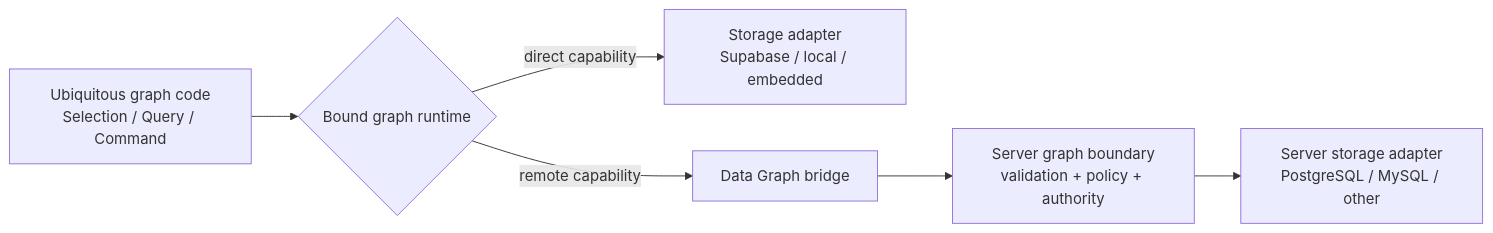
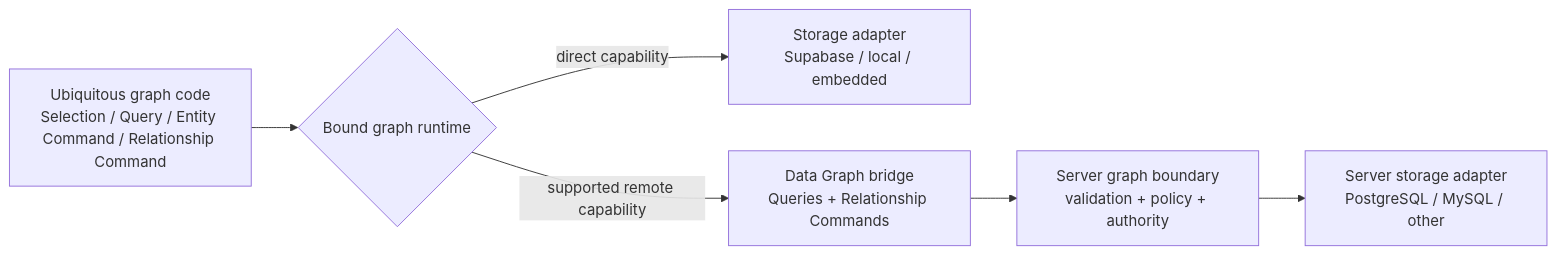
The diagram in plans/current/128-ontahi-data-graph-execution-bridge.md (javifernandes/ontahi), drawn with Mermaid before and after one commit. The commit also changed other lines of this file and 8 other files, not shown here.

````diff
--- a/plans/current/128-ontahi-data-graph-execution-bridge.md
+++ b/plans/current/128-ontahi-data-graph-execution-bridge.md
@@ -55,8 +59,8 @@
 ```mermaid
 flowchart LR
-  Code["Ubiquitous graph code\nSelection / Query / Command"] --> Runtime{"Bound graph runtime"}
+  Code["Ubiquitous graph code\nSelection / Query / Entity Command / Relationship Command"] --> Runtime{"Bound graph runtime"}
   Runtime -->|direct capability| Direct["Storage adapter\nSupabase / local / embedded"]
-  Runtime -->|remote capability| Bridge["Data Graph bridge"]
+  Runtime -->|supported remote capability| Bridge["Data Graph bridge\nQueries + Relationship Commands"]
   Bridge --> Boundary["Server graph boundary\nvalidation + policy + authority"]
   Boundary --> ServerAdapter["Server storage adapter\nPostgreSQL / MySQL / other"]
 ```
````
